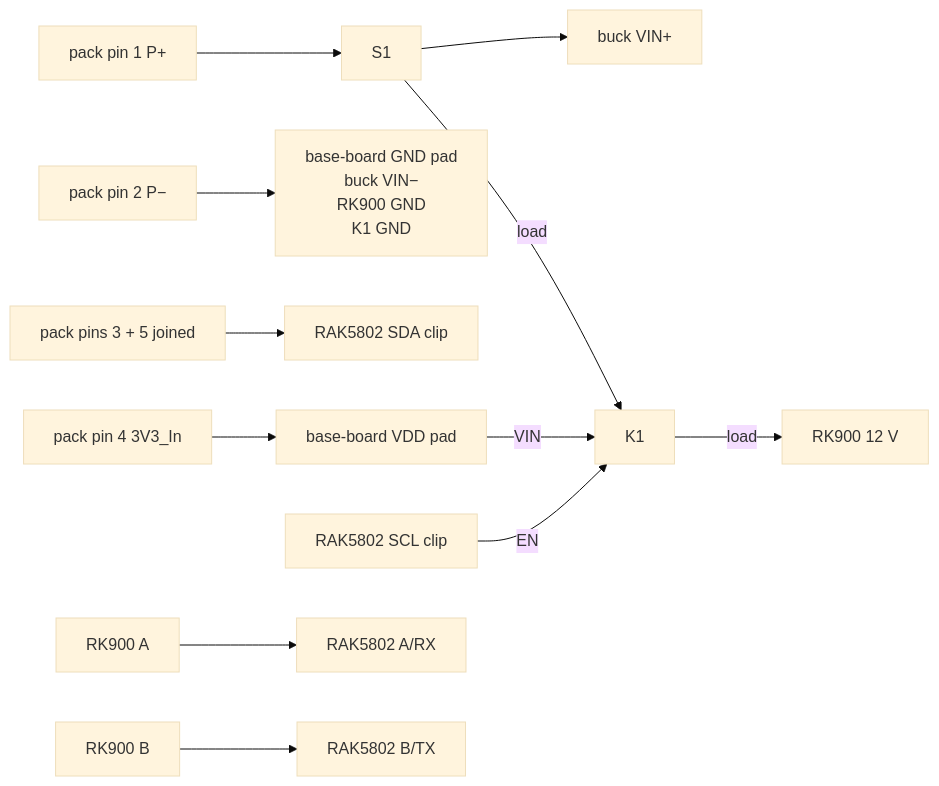
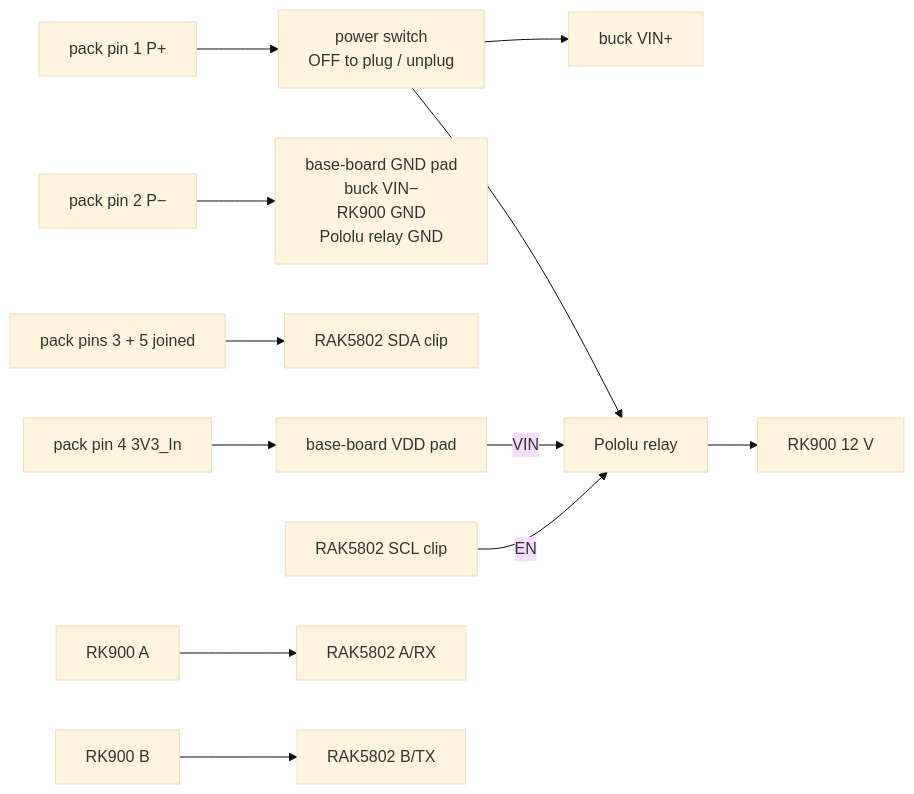
One commit to disruptivepatternmaterial/rak-sensor-node-but-better changed the diagram in docs/BUILD.md. Above: the diagram before and after it, drawn with Mermaid (base theme). The commit also changed 1 other file, not shown here.

Commit message:
docs(hardware): name the switches in the wiring picture — power switch, Pololu relay

````diff
--- a/docs/BUILD.md
+++ b/docs/BUILD.md
@@ -28,18 +28,18 @@
 ```mermaid
 flowchart LR
-    P1["pack pin 1  P+"] --> S1["S1"]
+    P1["pack pin 1  P+"] --> S1["power switch<br/>OFF to plug / unplug"]
     S1 --> BUCK["buck VIN+"]
-    S1 -->|load| K1["K1"]
-    K1 -->|load| RK12["RK900 12 V"]
+    S1 --> K1["Pololu relay"]
+    K1 --> RK12["RK900 12 V"]
 
-    P2["pack pin 2  P−"] --> GND["base-board GND pad<br/>buck VIN−<br/>RK900 GND<br/>K1 GND"]
+    P2["pack pin 2  P−"] --> GND["base-board GND pad<br/>buck VIN−<br/>RK900 GND<br/>Pololu relay GND"]
 
     P35["pack pins 3 + 5  joined"] --> SDA["RAK5802 SDA clip"]
 
     P4["pack pin 4  3V3_In"] --> VDD["base-board VDD pad"]
     VDD -->|VIN| K1
     SCL["RAK5802 SCL clip"] -->|EN| K1
 
     RKA["RK900 A"] --> A["RAK5802 A/RX"]
     RKB["RK900 B"] --> B["RAK5802 B/TX"]
 ```
````
